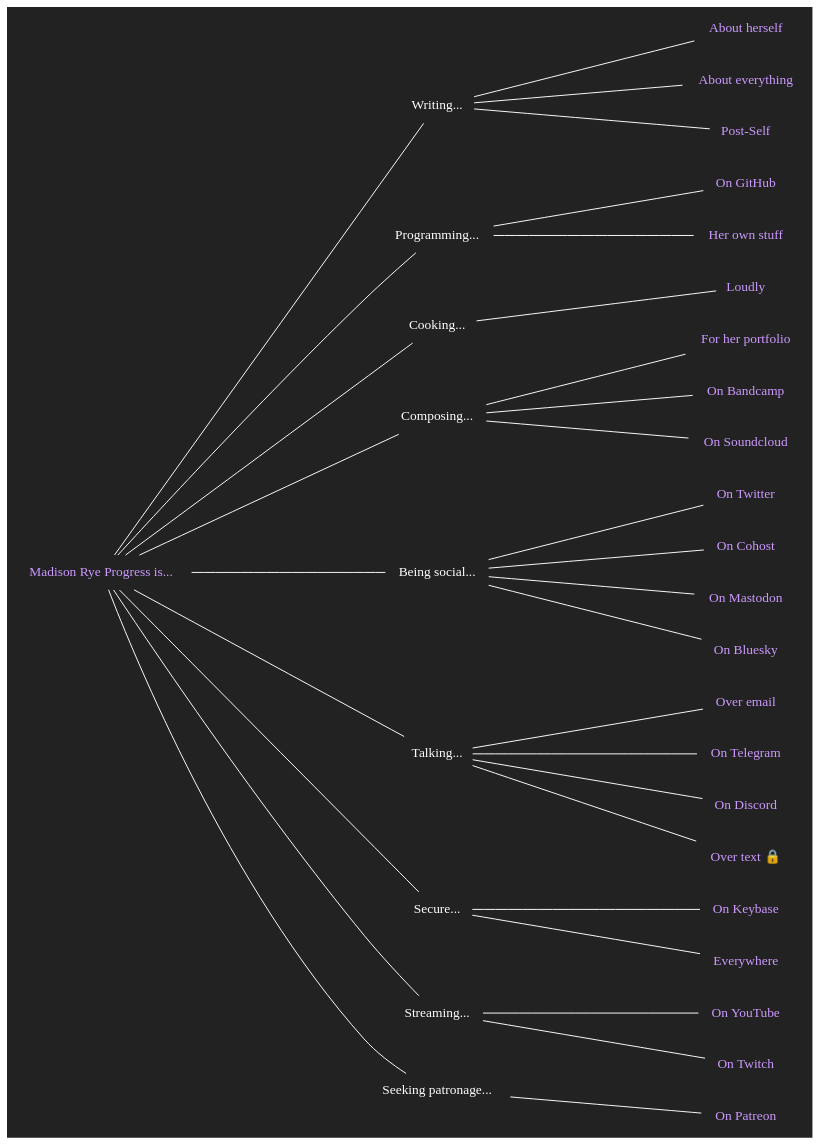
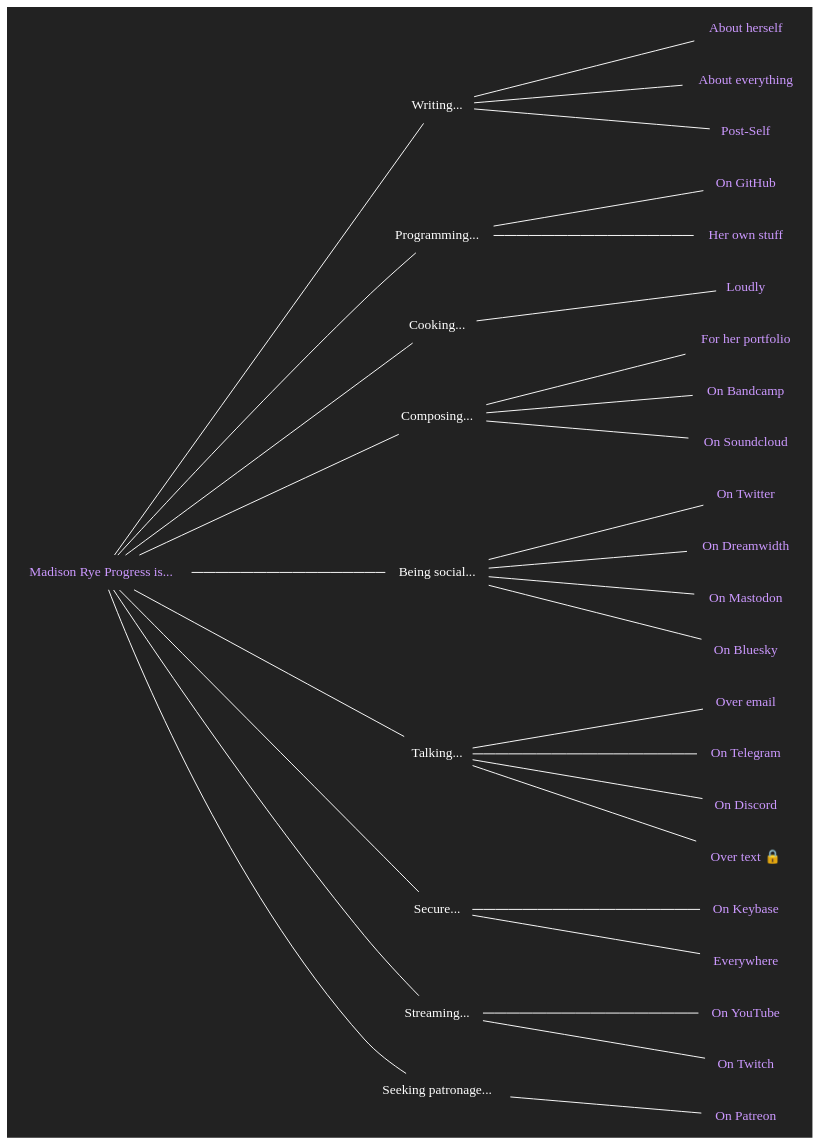
The diagram in is.dot (makyo/makyo.is), drawn with Graphviz before and after one commit. The commit also changed 4 other files, not shown here.

```diff
--- a/is.dot
+++ b/is.dot
@@ -1,74 +1,74 @@
 graph is {
     node[shape="none",fontcolor="#ffffff",color="#ffffff",fontname="Ubuntu"]
     edge[color="#ffffff"]
     graph[bgcolor="#222222",label="",margin="0",rankdir="LR",ranksep=2.5]
 
     copula [label="Madison Rye Progress is...",fontcolor="#cc99ff",href="https://drab-makyo.com"]
 
     writing [label="Writing..."]
     /* writing_anything [label="Anything",fontcolor="#cc99ff",href="https://writing.drab-makyo.com"] 
      */
     writing_ally [label="About herself",fontcolor="#cc99ff",href="https://ally.id"]
     writing_portfolio [label="About everything",fontcolor="#cc99ff",href="https://makyo.ink"]
     writing_postself [label="Post-Self",fontcolor="#cc99ff",href="https://post-self.ink"]
     copula -- writing -- { /* writing_anything, */ writing_ally, writing_portfolio, writing_postself }
 
     /*photography [label="Taking pictures..."]
     photography_flickr [label="On Flickr",fontcolor="#cc99ff",href="https://flickr.com/photos/ranna"]
     photography_portfolio [label="For her portfolio",fontcolor="#cc99ff",href="https://makyo.photography"]
     copula -- photography -- { photography_flickr, photography_portfolio }*/
 
     programming [label="Programming..."]
     programming_github [label="On GitHub",fontcolor="#cc99ff",href="https://github.com/makyo"]
     /* programming_launchpad [label="On Launchpad",fontcolor="#cc99ff",href="https://launchpad.net/~makyo"]
      */
     programming_personal [label="Her own stuff",fontcolor="#cc99ff",href="https://makyo.dev"]
     copula -- programming -- { programming_github, /*programming_launchpad,*/ programming_personal }
 
     cooking [label="Cooking..."]
     /*cooking_quietly [label="Quietly",fontcolor="#cc99ff",href="https://makyo.cooking"]
      */
     cooking_loudly [label="Loudly",fontcolor="#cc99ff",href="https://twitter.com/loudfood"]
     copula -- cooking -- { /*cooking_quietly,*/ cooking_loudly }
 
     composing [label="Composing..."]
     composing_portfolio [label="For her portfolio",fontcolor="#cc99ff",href="https://sounds.drab-makyo.com"]
     composing_bandcamp [label="On Bandcamp",fontcolor="#cc99ff",href="https://drab-makyo.bandcamp.com"]
     composing_soundcloud [label="On Soundcloud",fontcolor="#cc99ff",href="https://soundcloud.com/drabmakyo"]
     copula -- composing -- { composing_portfolio, composing_bandcamp, composing_soundcloud }
 
     social [label="Being social..."]
     social_twitter [label="On Twitter",fontcolor="#cc99ff",href="https://twitter.com/makyo_writes"]
-    social_cohost [label="On Cohost",fontcolor="#cc99ff",href="https://cohost.org/makyo"]
+    social_dreamwidth [label="On Dreamwidth",fontcolor="#cc99ff",href="https://skunkcetera.dreamwidth.org"]
     social_mastodon [label="On Mastodon",fontcolor="#cc99ff",href="https://awoo.space/@makyo"]
     social_bluesky [label="On Bluesky",fontcolor="#cc99ff",href="https://bsky.app/profile/makyo.bsky.social"]
-    copula -- social -- { social_twitter, social_mastodon, social_cohost, social_bluesky }
+    copula -- social -- { social_twitter, social_mastodon, social_dreamwidth, social_bluesky }
 
     talking [label="Talking..."]
     talking_email [label="Over email",fontcolor="#cc99ff",href="mailto:makyo@drab-makyo.com"]
     talking_telegram [label="On Telegram",fontcolor="#cc99ff",href="https://t.me/DrabMakyo"]
     talking_discord [label="On Discord",fontcolor="#cc99ff",href="https://discord.com/users/Makyo#7093",title="Makyo#7093"]
     /*talking_matrix [label="On Matrix",fontcolor="#cc99ff",href="https://matrix.to/#/@makyo:drab-makyo.com"]
     talking_wire [label="On Wire",fontcolor="#cc99ff",href="/wire",title="@makyo"]*/
     talking_phone [label="Over text 🔒 ",fontcolor="#cc99ff",href="tel:3038185943"]
     copula -- talking -- { talking_email, talking_telegram, talking_discord, talking_phone /*, talking_matrix, talking_wire*/ }
 
     /*working [label="Working..."]
     working_digitalocean [label="At DigitalOcean",fontcolor="#cc99ff",href="https://digitalocean.com"]
     working_hybrid [label="At Hybrid Ink, LLC",fontcolor="#cc99ff",href="https://hybrid.ink"] 
     copula -- working -- { working_hybrid, working_digitalocean }*/
 
     secure [label="Secure..."]
     secure_keybase [label="On Keybase",fontcolor="#cc99ff",href="https://keybase.io/makyo"]
     secure_everywhere [label="Everywhere",fontcolor="#cc99ff",href="https://drab-makyo.com/pgp"]
     copula -- secure -- { secure_everywhere, secure_keybase }
 
     playing [label="Streaming..."]
     playing_youtube [label="On YouTube",fontcolor="#cc99ff",href="https://www.youtube.com/@ephahvix"]
     playing_twitch [label="On Twitch",fontcolor="#cc99ff",href="https://twitch.tv/ephahvix"]
     copula -- playing -- { playing_youtube, playing_twitch }
 
     patron [label="Seeking patronage..."]
     patron_patreon [label="On Patreon",fontcolor="#cc99ff",href="https://patreon.com/makyo"]
     copula -- patron -- { patron_patreon }
 }
```
